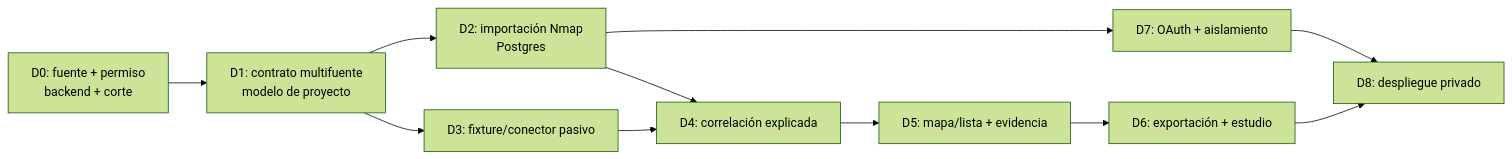
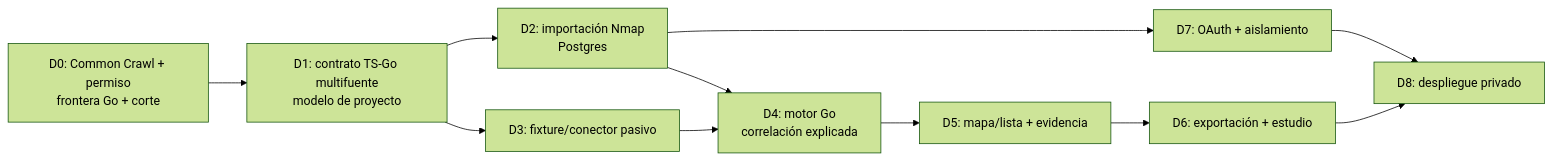
One commit to CyberStill-GmbH/CHEF changed the diagram in docs/proposals/2026-09-scrum-to-oct31.md. Above: the diagram before and after it, drawn with Mermaid (forest theme). The commit also changed other lines of this file and 26 other files, not shown here.

First line of the commit message:
docs(architecture): define Node-Go boundary and OSINT priorities

````diff
--- a/docs/proposals/2026-09-scrum-to-oct31.md
+++ b/docs/proposals/2026-09-scrum-to-oct31.md
@@ -53,13 +53,13 @@
 ```mermaid
 flowchart LR
-  D["D0: fuente + permiso<br/>backend + corte"] --> C["D1: contrato multifuente<br/>modelo de proyecto"]
+  D["D0: Common Crawl + permiso<br/>frontera Go + corte"] --> C["D1: contrato TS-Go multifuente<br/>modelo de proyecto"]
   C --> I["D2: importación Nmap<br/>Postgres"]
   C --> P["D3: fixture/conector pasivo"]
-  I --> R["D4: correlación explicada"]
+  I --> R["D4: motor Go<br/>correlación explicada"]
   P --> R
   R --> U["D5: mapa/lista + evidencia"]
   U --> X["D6: exportación + estudio"]
   I --> O["D7: OAuth + aislamiento"]
   O --> H["D8: despliegue privado"]
   X --> H
 ```
````
